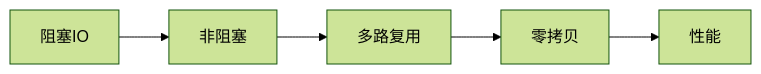
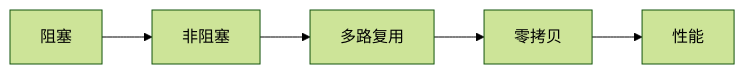
The diagram in 基础知识/操作系统/IO 模型与零拷贝.md (tghrxxxyyy/knowledge-base), drawn with Mermaid (forest theme) before and after one commit. The commit also changed other lines of this file and 385 other files, not shown here.

````diff
--- a/基础知识/操作系统/IO 模型与零拷贝.md
+++ b/基础知识/操作系统/IO 模型与零拷贝.md
@@ -19,9 +19,9 @@
 ```mermaid
 flowchart LR
-    A[阻塞IO]
+    A[阻塞]
     B[非阻塞]
     C[多路复用]
     D[零拷贝]
     E[性能]
     A --> B --> C --> D --> E
 ```
````
